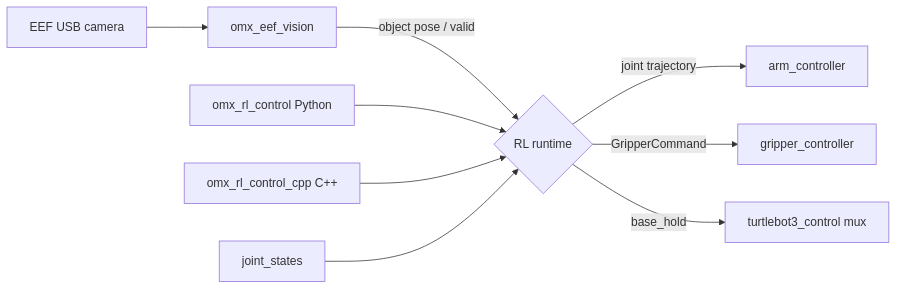
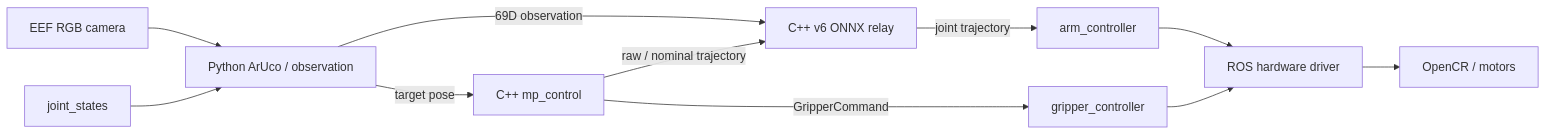
One commit to KweonTJ/Omx_Turtle_Bot changed the diagram in README.md. Above: the diagram before and after it, drawn with Mermaid. The commit also changed other lines of this file and 10 other files, not shown here.

````diff
--- a/README.md
+++ b/README.md
@@ -44,11 +44,13 @@
 ```mermaid
 flowchart LR
-    CAMERA[EEF USB camera] --> VISION[omx_eef_vision]
-    VISION -->|object pose / valid| CONTROL{RL runtime}
-    PY[omx_rl_control Python] --> CONTROL
-    CPP[omx_rl_control_cpp C++] --> CONTROL
-    JOINT[joint_states] --> CONTROL
-    CONTROL -->|joint trajectory| ARM[arm_controller]
-    CONTROL -->|GripperCommand| GRIPPER[gripper_controller]
-    CONTROL -->|base_hold| MUX[turtlebot3_control mux]
+    CAMERA[EEF RGB camera] --> OBS[Python ArUco / observation]
+    JOINT[joint_states] --> OBS
+    OBS -->|target pose| MP[C++ mp_control]
+    OBS -->|69D observation| RELAY[C++ v6 ONNX relay]
+    MP -->|raw / nominal trajectory| RELAY
+    RELAY -->|joint trajectory| ARM[arm_controller]
+    MP -->|GripperCommand| GRIP[gripper_controller]
+    ARM --> HW[ROS hardware driver]
+    GRIP --> HW
+    HW --> OPENCR[OpenCR / motors]
 ```
````
